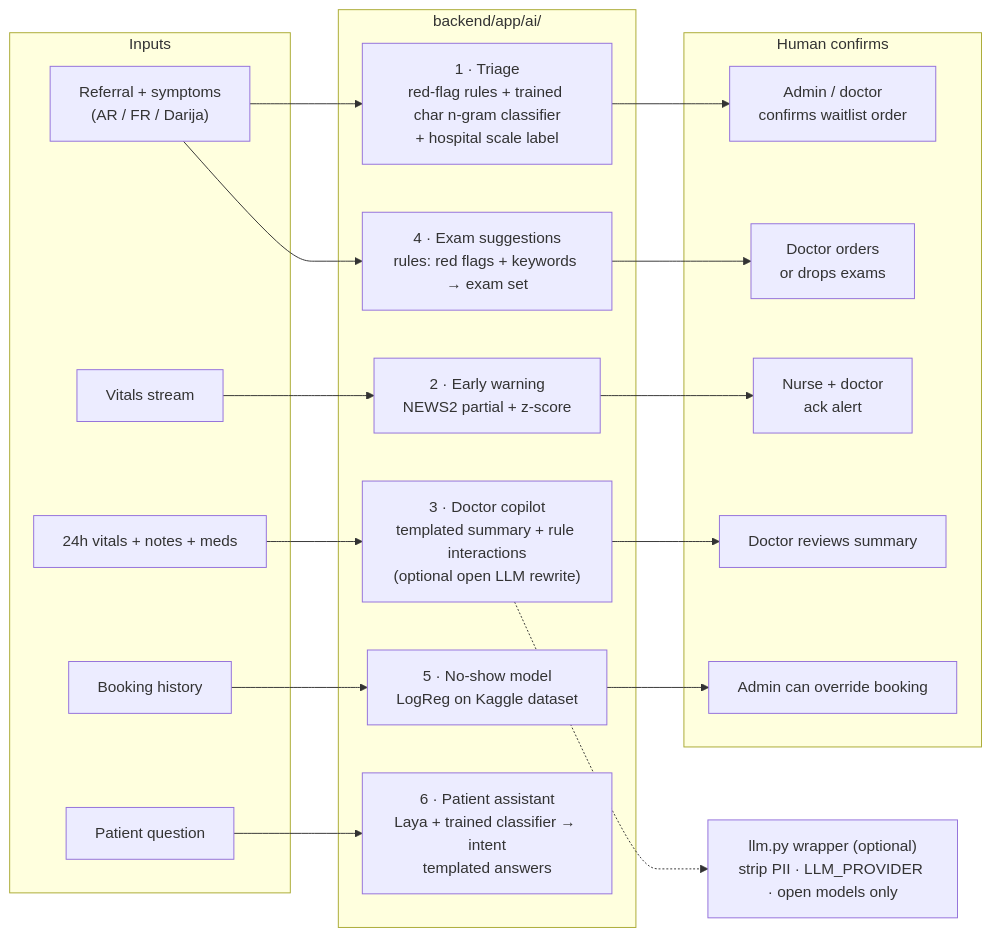
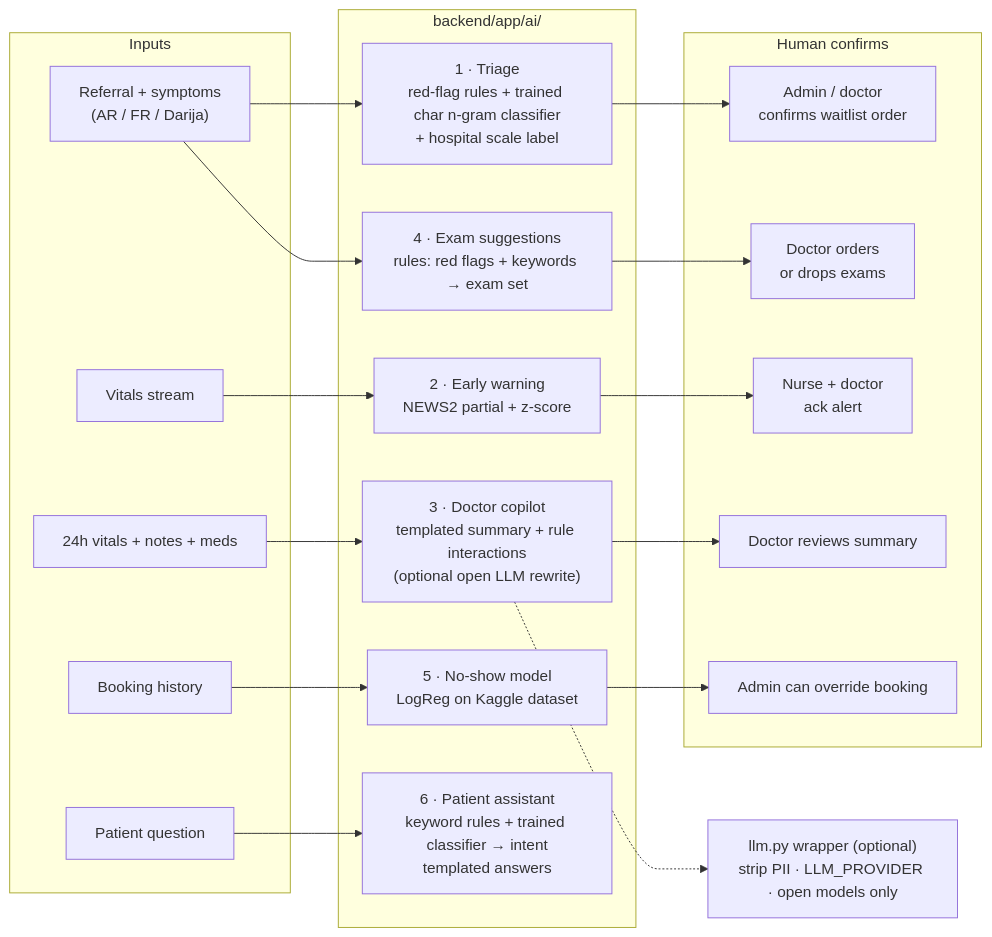
Before and after one commit to Faouzi-Blibech/smarty-hospital-: the sixth of 6 diagrams in docs/architecture.md, drawn with Mermaid. The commit also changed other lines of this file and 14 other files, not shown here.

Commit message:
refactor(ai): drop the optional Laya intent model (assistant uses rules + the small classifier)

````diff
--- a/docs/architecture.md
+++ b/docs/architecture.md
@@ -264,33 +264,33 @@
 ```mermaid
 flowchart LR
   subgraph In["Inputs"]
     REF["Referral + symptoms<br/>(AR / FR / Darija)"]
     VS["Vitals stream"]
     H24["24h vitals + notes + meds"]
     HIST["Booking history"]
     Q["Patient question"]
   end
   subgraph Mods["backend/app/ai/"]
     T["1 · Triage<br/>red-flag rules + trained char n-gram classifier<br/>+ hospital scale label"]
     EX["4 · Exam suggestions<br/>rules: red flags + keywords → exam set"]
     EW["2 · Early warning<br/>NEWS2 partial + z-score"]
     CP["3 · Doctor copilot<br/>templated summary + rule interactions<br/>(optional open LLM rewrite)"]
     NS["5 · No-show model<br/>LogReg on Kaggle dataset"]
-    PA["6 · Patient assistant<br/>Laya + trained classifier → intent<br/>templated answers"]
+    PA["6 · Patient assistant<br/>keyword rules + trained classifier → intent<br/>templated answers"]
   end
   W["llm.py wrapper (optional)<br/>strip PII · LLM_PROVIDER · open models only"]
   subgraph Human["Human confirms"]
     HA["Admin / doctor<br/>confirms waitlist order"]
     HX["Doctor orders<br/>or drops exams"]
     HN["Nurse + doctor<br/>ack alert"]
     HD["Doctor reviews summary"]
     HO["Admin can override booking"]
   end
   REF --> T --> HA
   REF --> EX --> HX
   VS --> EW --> HN
   H24 --> CP --> HD
   HIST --> NS --> HO
   Q --> PA
   CP -.-> W
 ```
````
